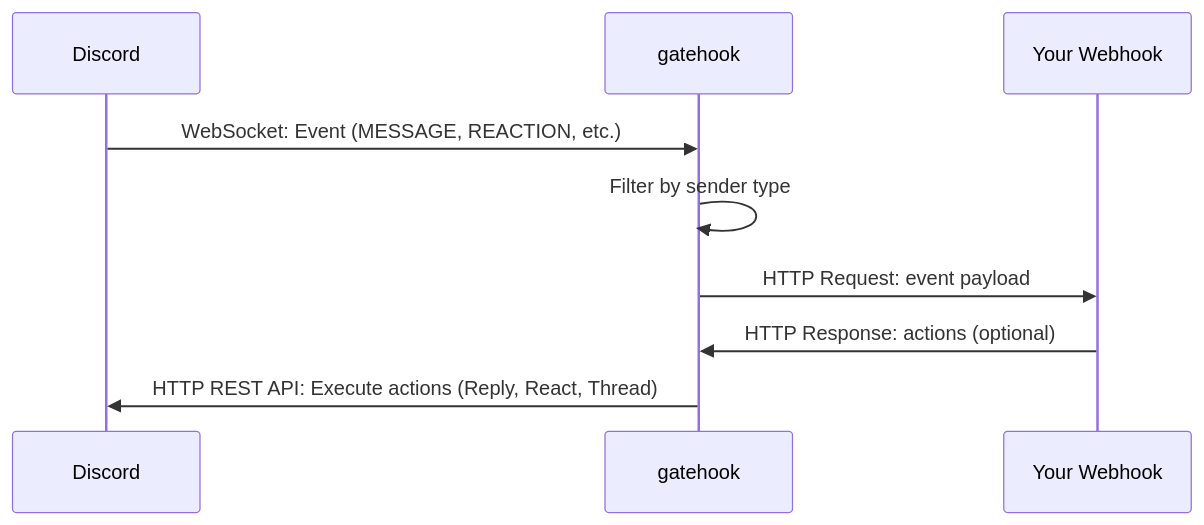
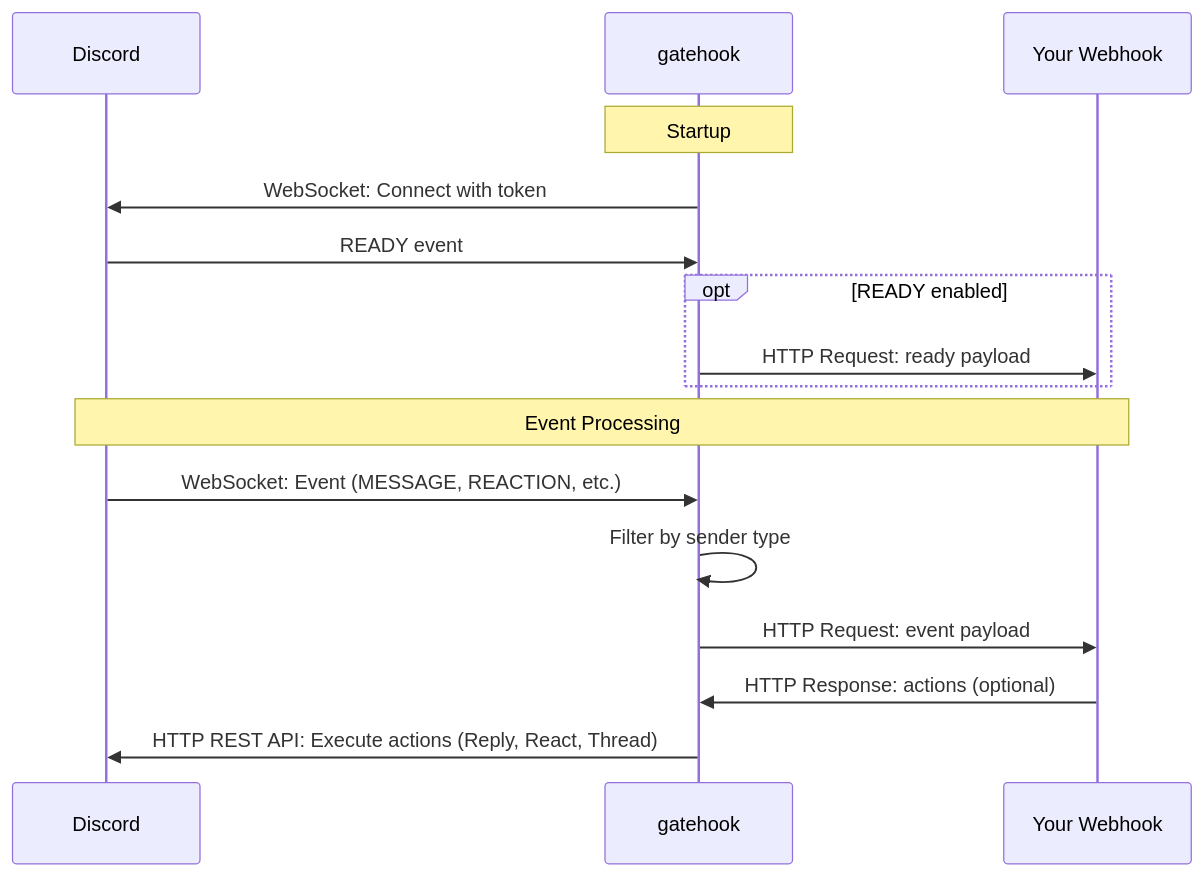
The diagram in README.md (a24k/gatehook), drawn with Mermaid before and after one commit.

Commit message:
docs: Add startup flow to sequence diagram
Added Discord connection and READY event handling to the
"How It Works" sequence diagram to show the complete
lifecycle from startup to event processing.

Changes:
- Added Startup section showing WebSocket connection
- Show READY event flow with optional webhook forwarding
- Added Event Processing section label for clarity

🤖 Generated with [Claude Code](https://claude.com/claude-code)

````diff
--- a/README.md
+++ b/README.md
@@ -20,12 +20,20 @@
 ```mermaid
 sequenceDiagram
     participant Discord
     participant gatehook
     participant Your Webhook
 
+    Note over gatehook: Startup
+    gatehook->>Discord: WebSocket: Connect with token
+    Discord->>gatehook: READY event
+    opt READY enabled
+        gatehook->>Your Webhook: HTTP Request: ready payload
+    end
+
+    Note over Discord,Your Webhook: Event Processing
     Discord->>gatehook: WebSocket: Event (MESSAGE, REACTION, etc.)
     gatehook->>gatehook: Filter by sender type
     gatehook->>Your Webhook: HTTP Request: event payload
     Your Webhook->>gatehook: HTTP Response: actions (optional)
     gatehook->>Discord: HTTP REST API: Execute actions (Reply, React, Thread)
 ```
````
